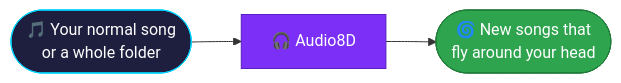
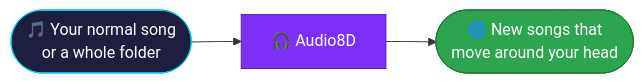
The first of 3 diagrams in 8D/README.md (gcfernando/python_codes), drawn with Mermaid before and after one commit. The commit also changed other lines of this file and 36 other files, not shown here.

````diff
--- a/8D/README.md
+++ b/8D/README.md
@@ -86,8 +77,8 @@
 ```mermaid
 flowchart LR
-    A(["🎵 Your normal song<br/>or a whole folder"]):::a --> B["🎧 Audio8D"]:::b --> C(["🌀 New songs that<br/>fly around your head"]):::c
+    A(["🎵 Your normal song<br/>or a whole folder"]):::a --> B["🎧 Audio8D"]:::b --> C(["🌀 New songs that<br/>move around your head"]):::c
 
     classDef a fill:#1e1e3f,stroke:#00d4ff,color:#fff
     classDef b fill:#7b2ff7,stroke:#5a1fc0,color:#fff
     classDef c fill:#2ea44f,stroke:#1f7a38,color:#fff
 ```
````
